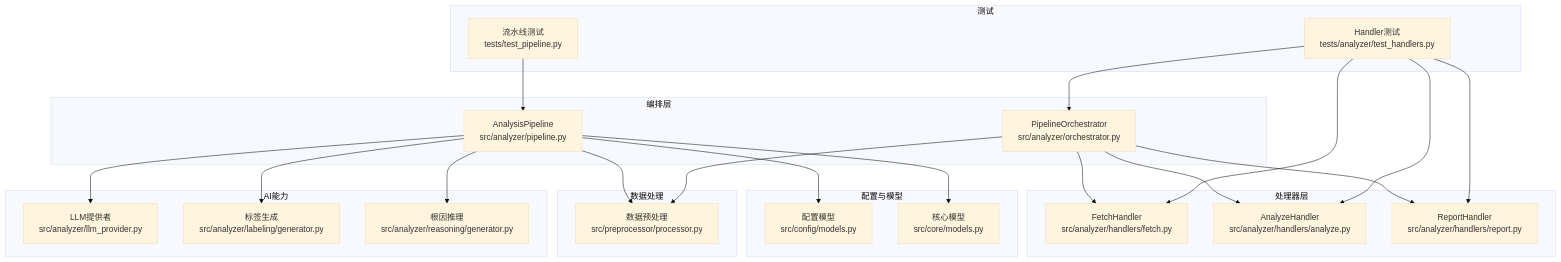
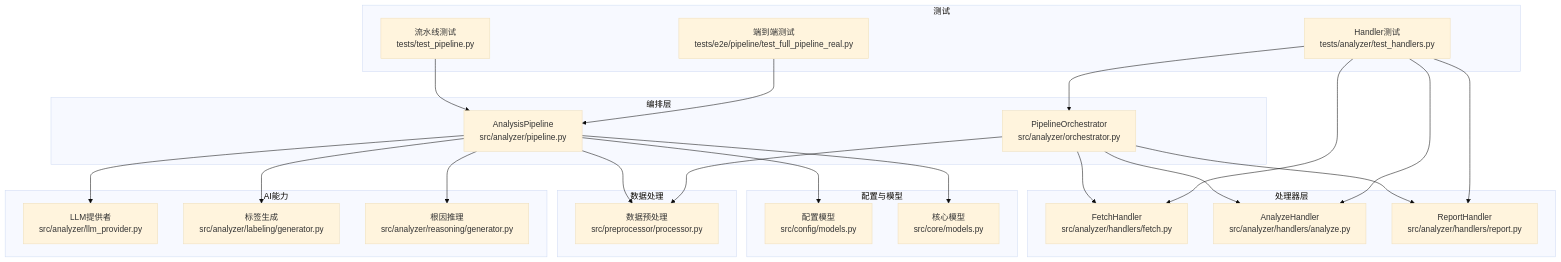
The first of 5 diagrams in .qoder/repowiki/zh/content/核心架构/核心组件/分析流水线编排器.md (boyingliu01/fault-review-analyzer), drawn with Mermaid (base theme) before and after one commit. The commit also changed other lines of this file and 123 other files, not shown here.

````diff
--- a/.qoder/repowiki/zh/content/核心架构/核心组件/分析流水线编排器.md
+++ b/.qoder/repowiki/zh/content/核心架构/核心组件/分析流水线编排器.md
@@ -60,43 +61,45 @@
 ```mermaid
 graph TB
 subgraph "编排层"
 P["AnalysisPipeline<br/>src/analyzer/pipeline.py"]
 O["PipelineOrchestrator<br/>src/analyzer/orchestrator.py"]
 end
 subgraph "处理器层"
 F["FetchHandler<br/>src/analyzer/handlers/fetch.py"]
 A["AnalyzeHandler<br/>src/analyzer/handlers/analyze.py"]
 R["ReportHandler<br/>src/analyzer/handlers/report.py"]
 end
 subgraph "配置与模型"
 Cfg["配置模型<br/>src/config/models.py"]
 Core["核心模型<br/>src/core/models.py"]
 end
 subgraph "数据处理"
 Prep["数据预处理<br/>src/preprocessor/processor.py"]
 end
 subgraph "AI能力"
 LLMProv["LLM提供者<br/>src/analyzer/llm_provider.py"]
 LabelGen["标签生成<br/>src/analyzer/labeling/generator.py"]
 RCA["根因推理<br/>src/analyzer/reasoning/generator.py"]
 end
 subgraph "测试"
 Tst["流水线测试<br/>tests/test_pipeline.py"]
 TH["Handler测试<br/>tests/analyzer/test_handlers.py"]
+E2E["端到端测试<br/>tests/e2e/pipeline/test_full_pipeline_real.py"]
 end
 P --> Cfg
 P --> Core
 P --> Prep
 P --> LLMProv
 P --> LabelGen
 P --> RCA
 O --> F
 O --> A
 O --> R
 O --> Prep
 Tst --> P
 TH --> O
 TH --> F
 TH --> A
 TH --> R
+E2E --> P
 ```
````
